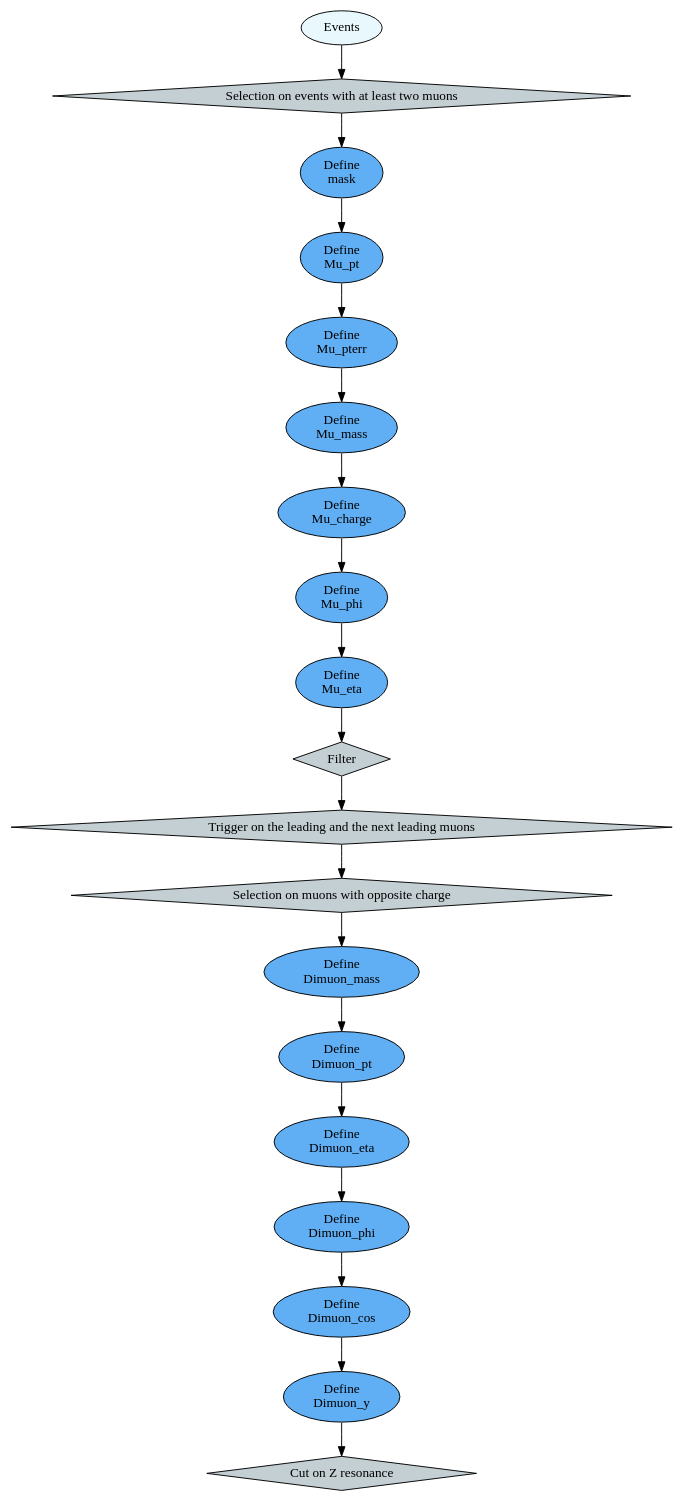
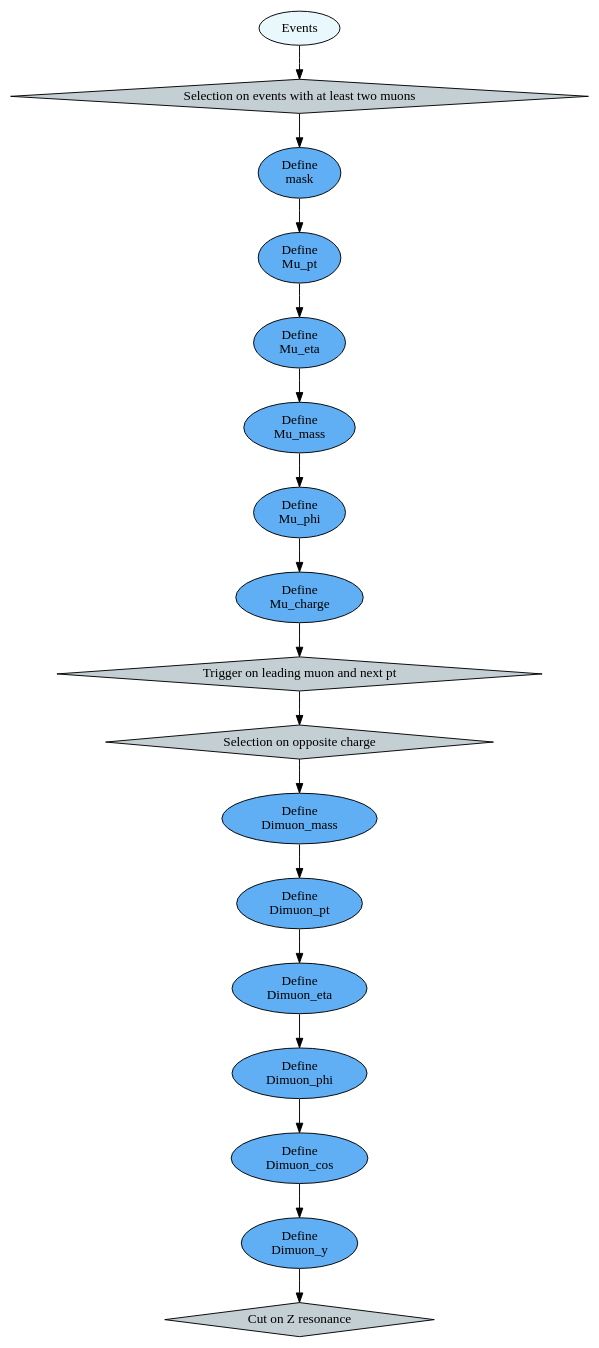
One commit to Mara-185/dimuon_invm changed the diagram in Z_asymmetry/rdf_main2.dot. Above: the diagram before and after it, drawn with Graphviz. The commit also changed 267 other files, not shown here.

```diff
--- a/Z_asymmetry/rdf_main2.dot
+++ b/Z_asymmetry/rdf_main2.dot
@@ -1,52 +1,47 @@
 digraph {
-	13 [label="Cut on Z resonance", style="filled", fillcolor="#c4cfd4", shape="diamond"];
+	11 [label="Cut on Z resonance", style="filled", fillcolor="#c4cfd4", shape="diamond"];
+	12 [label="Define
+Dimuon_y", style="filled", fillcolor="#60aef3", shape="oval"];
+	13 [label="Define
+Dimuon_cos", style="filled", fillcolor="#60aef3", shape="oval"];
 	14 [label="Define
-Dimuon_y", style="filled", fillcolor="#60aef3", shape="oval"];
+Dimuon_phi", style="filled", fillcolor="#60aef3", shape="oval"];
 	15 [label="Define
-Dimuon_cos", style="filled", fillcolor="#60aef3", shape="oval"];
+Dimuon_eta", style="filled", fillcolor="#60aef3", shape="oval"];
 	16 [label="Define
-Dimuon_phi", style="filled", fillcolor="#60aef3", shape="oval"];
+Dimuon_pt", style="filled", fillcolor="#60aef3", shape="oval"];
 	17 [label="Define
-Dimuon_eta", style="filled", fillcolor="#60aef3", shape="oval"];
-	18 [label="Define
-Dimuon_pt", style="filled", fillcolor="#60aef3", shape="oval"];
-	19 [label="Define
 Dimuon_mass", style="filled", fillcolor="#60aef3", shape="oval"];
-	12 [label="Selection on muons with opposite charge", style="filled", fillcolor="#c4cfd4", shape="diamond"];
-	11 [label="Trigger on the leading and the next leading muons", style="filled", fillcolor="#c4cfd4", shape="diamond"];
-	3 [label="Filter", style="filled", fillcolor="#c4cfd4", shape="diamond"];
+	10 [label="Selection on opposite charge", style="filled", fillcolor="#c4cfd4", shape="diamond"];
+	3 [label="Trigger on leading muon and next pt", style="filled", fillcolor="#c4cfd4", shape="diamond"];
 	4 [label="Define
-Mu_eta", style="filled", fillcolor="#60aef3", shape="oval"];
+Mu_charge", style="filled", fillcolor="#60aef3", shape="oval"];
 	5 [label="Define
 Mu_phi", style="filled", fillcolor="#60aef3", shape="oval"];
 	6 [label="Define
-Mu_charge", style="filled", fillcolor="#60aef3", shape="oval"];
+Mu_mass", style="filled", fillcolor="#60aef3", shape="oval"];
 	7 [label="Define
-Mu_mass", style="filled", fillcolor="#60aef3", shape="oval"];
+Mu_eta", style="filled", fillcolor="#60aef3", shape="oval"];
 	8 [label="Define
-Mu_pterr", style="filled", fillcolor="#60aef3", shape="oval"];
+Mu_pt", style="filled", fillcolor="#60aef3", shape="oval"];
 	9 [label="Define
-Mu_pt", style="filled", fillcolor="#60aef3", shape="oval"];
-	10 [label="Define
 mask", style="filled", fillcolor="#60aef3", shape="oval"];
 	2 [label="Selection on events with at least two muons", style="filled", fillcolor="#c4cfd4", shape="diamond"];
 	0 [label="Events", style="filled", fillcolor="#e8f8fc", shape="oval"];
+	12 -> 11;
+	13 -> 12;
 	14 -> 13;
 	15 -> 14;
 	16 -> 15;
 	17 -> 16;
-	18 -> 17;
-	19 -> 18;
-	12 -> 19;
-	11 -> 12;
-	3 -> 11;
+	10 -> 17;
+	3 -> 10;
 	4 -> 3;
 	5 -> 4;
 	6 -> 5;
 	7 -> 6;
 	8 -> 7;
 	9 -> 8;
-	10 -> 9;
-	2 -> 10;
+	2 -> 9;
 	0 -> 2;
 }
```
